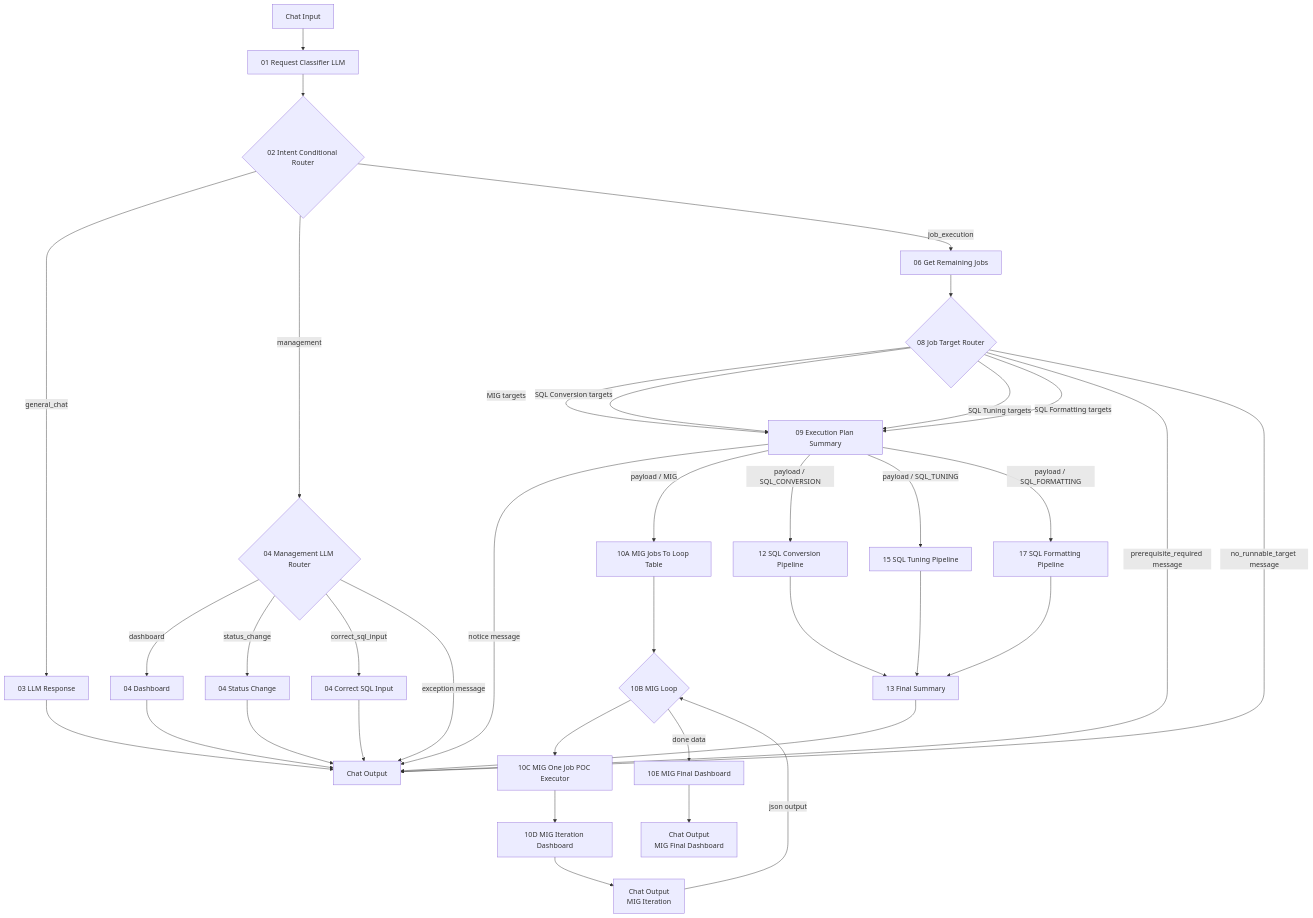
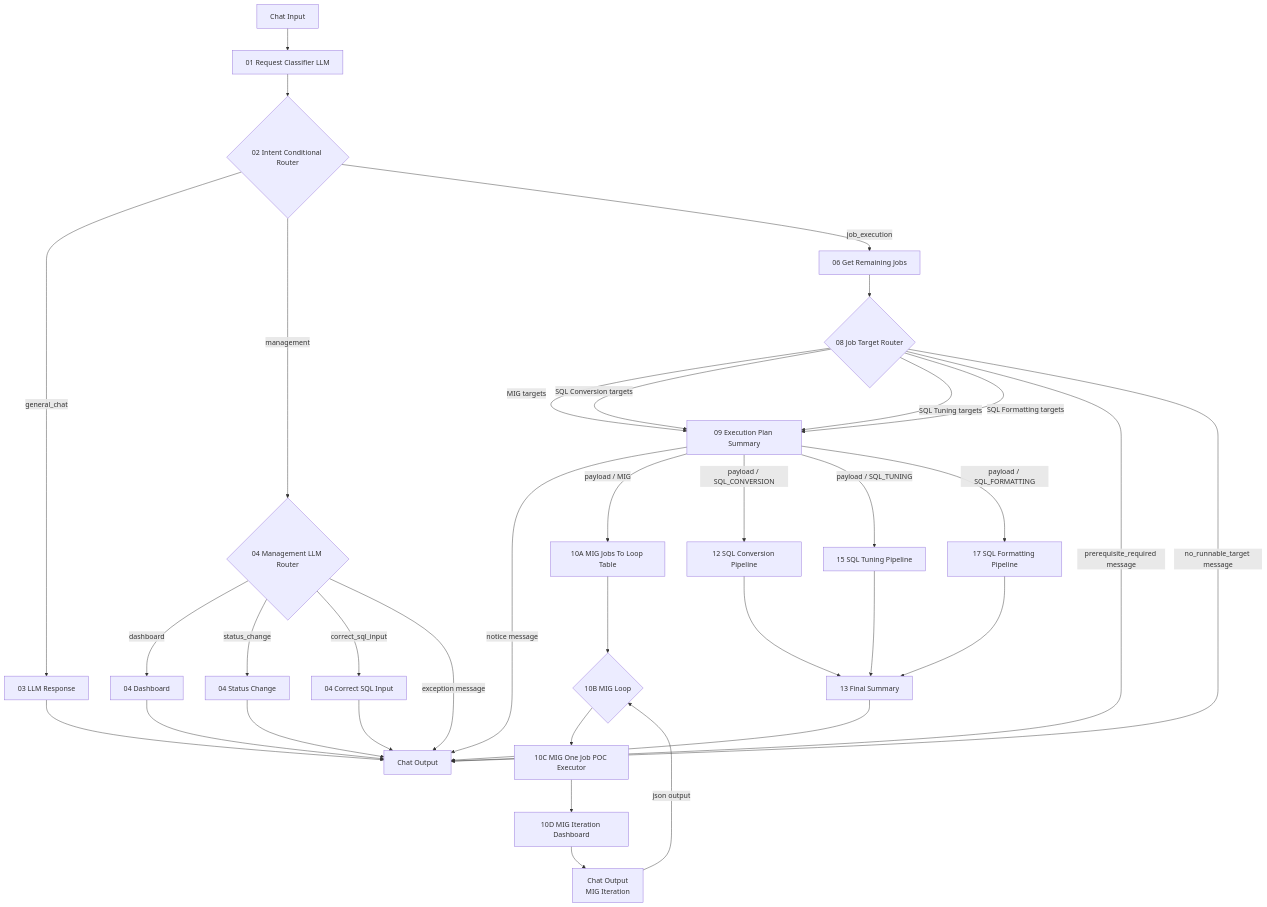
Before and after one commit to seongikjin227-jpg/refactoring_smartMigrate: the first of 2 diagrams in langflow_260819_newType/00_architecture.md, drawn with Mermaid. The commit also changed other lines of this file and 3 other files, not shown here.

Commit message:
done output 자체를 제거

````diff
--- a/langflow_260819_newType/00_architecture.md
+++ b/langflow_260819_newType/00_architecture.md
@@ -21,46 +21,44 @@
 ```mermaid
 flowchart TD
     A["Chat Input"] --> B["01 Request Classifier LLM"]
     B --> C{"02 Intent Conditional Router"}
 
     C -->|general_chat| D["03 LLM Response"]
     C -->|management| E{"04 Management LLM Router"}
     C -->|job_execution| G["06 Get Remaining Jobs"]
 
     E -->|dashboard| E1["04 Dashboard"]
     E -->|status_change| E2["04 Status Change"]
     E -->|correct_sql_input| E3["04 Correct SQL Input"]
     E -->|exception message| OUT["Chat Output"]
 
     G --> H{"08 Job Target Router"}
 
     H -->|MIG targets| P["09 Execution Plan Summary"]
     H -->|SQL Conversion targets| P
     H -->|SQL Tuning targets| P
     H -->|SQL Formatting targets| P
     H -->|prerequisite_required message| OUT
     H -->|no_runnable_target message| OUT
 
     P -->|notice message| OUT
     P -->|payload / MIG| M0["10A MIG Jobs To Loop Table"]
     P -->|payload / SQL_CONVERSION| C2["12 SQL Conversion Pipeline"]
     P -->|payload / SQL_TUNING| T2["15 SQL Tuning Pipeline"]
     P -->|payload / SQL_FORMATTING| F2["17 SQL Formatting Pipeline"]
 
     M0 --> ML{"10B MIG Loop"}
     ML --> M1["10C MIG One Job POC Executor"]
     M1 --> M2["10D MIG Iteration Dashboard"]
     M2 --> MOUT["Chat Output<br/>MIG Iteration"]
     MOUT -->|json output| ML
-    ML -->|done data| ME["10E MIG Final Dashboard"]
-    ME --> MFINAL["Chat Output<br/>MIG Final Dashboard"]
     C2 --> S3["13 Final Summary"]
     T2 --> S3
     F2 --> S3
 
     D --> OUT
     E1 --> OUT
     E2 --> OUT
     E3 --> OUT
     S3 --> OUT
 ```
````
